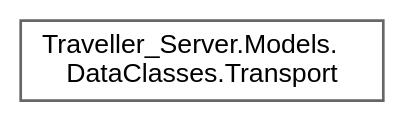
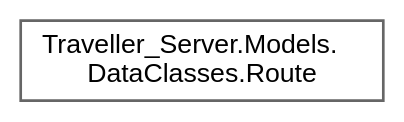
One commit to VenelinArgirov/manual-tecnico.github.io changed the diagram in Servidor/inherit_graph_35.dot. Above: the diagram before and after it, drawn with Graphviz. The commit also changed 998 other files, not shown here.

```diff
--- a/Servidor/inherit_graph_35.dot
+++ b/Servidor/inherit_graph_35.dot
@@ -1,9 +1,9 @@
 digraph "Graphical Class Hierarchy"
 {
  // LATEX_PDF_SIZE
   bgcolor="transparent";
   edge [fontname=Helvetica,fontsize=10,labelfontname=Helvetica,labelfontsize=10];
   node [fontname=Helvetica,fontsize=10,shape=box,height=0.2,width=0.4];
   rankdir="LR";
-  Node0 [label="Traveller_Server.Models.\lDataClasses.Transport",height=0.2,width=0.4,color="grey40", fillcolor="white", style="filled",URL="$class_traveller___server_1_1_models_1_1_data_classes_1_1_transport.html",tooltip="Data class of a transport. Represents a transport that circulates in one or more routes."];
+  Node0 [label="Traveller_Server.Models.\lDataClasses.Route",height=0.2,width=0.4,color="grey40", fillcolor="white", style="filled",URL="$class_traveller___server_1_1_models_1_1_data_classes_1_1_route.html",tooltip="Data class of a route. Represents a route in which a transport goes from A to B while stopping multip..."];
 }
```
